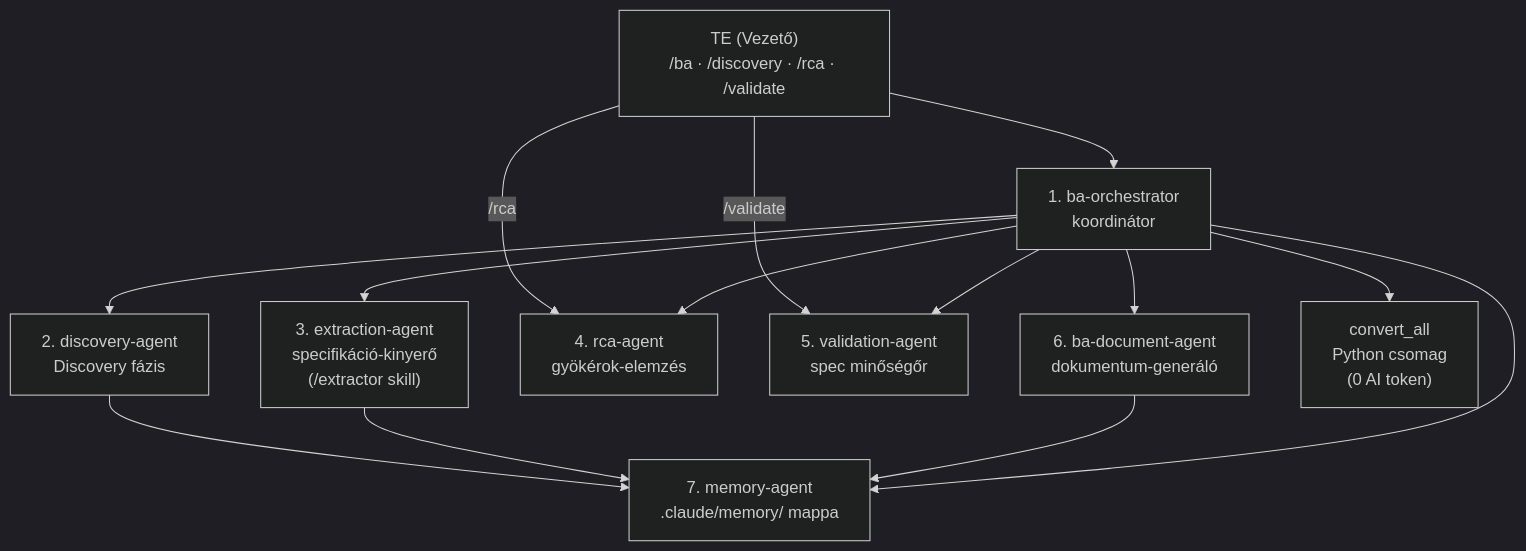
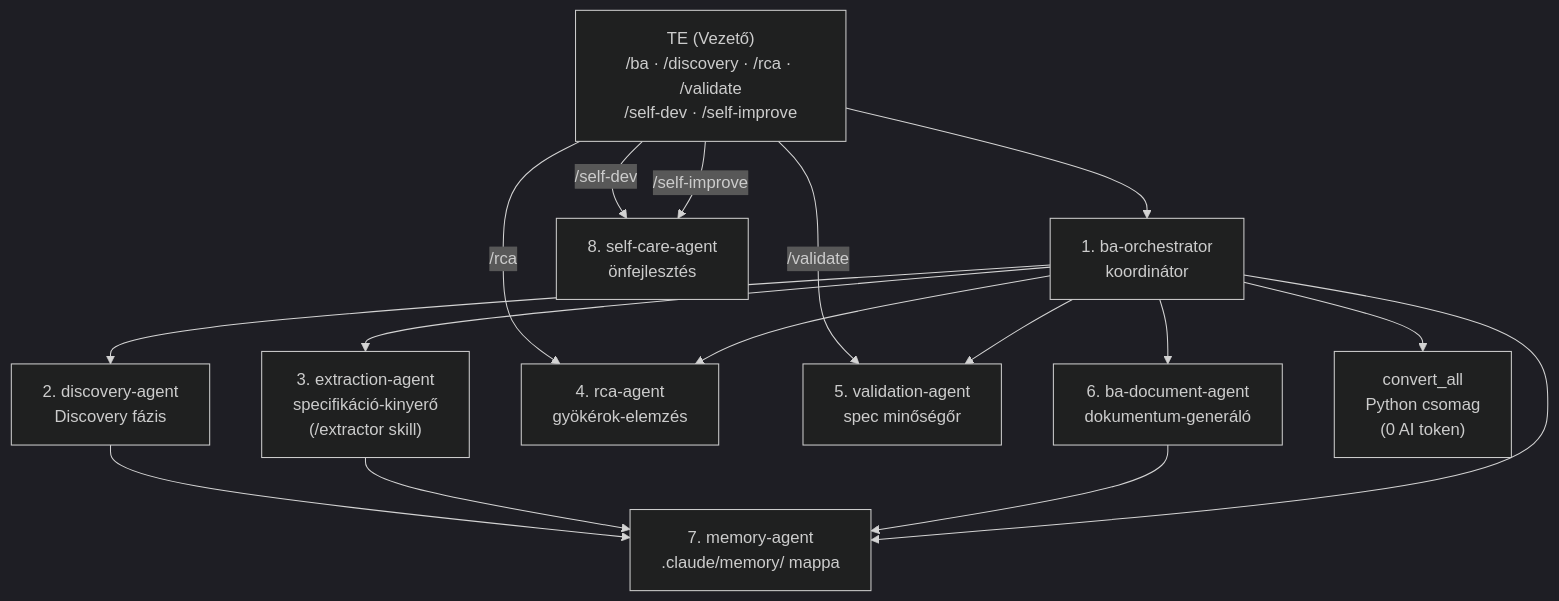
One commit to exphoenee/ba-team-docs changed the diagram in page/HANDBOOK/ch02-ai-team.md. Above: the diagram before and after it, drawn with Mermaid (dark theme). The commit also changed other lines of this file and 3 other files, not shown here.

````diff
--- a/page/HANDBOOK/ch02-ai-team.md
+++ b/page/HANDBOOK/ch02-ai-team.md
@@ -5,26 +5,29 @@
 ```mermaid
 flowchart TD
-    User["TE (Vezető)\n/ba · /discovery · /rca · /validate"]
+    User["TE (Vezető)\n/ba · /discovery · /rca · /validate\n/self-dev · /self-improve"]
     Orchestrator["1. ba-orchestrator\nkoordinátor"]
     Discovery["2. discovery-agent\nDiscovery fázis"]
     SpecBuilder["3. extraction-agent\nspecifikáció-kinyerő\n(/extractor skill)"]
     RCA["4. rca-agent\ngyökérok-elemzés"]
     Validation["5. validation-agent\nspec minőségőr"]
     BADoc["6. ba-document-agent\ndokumentum-generáló"]
     ConvertPkg["convert_all\nPython csomag\n(0 AI token)"]
     MemoryAgent["7. memory-agent\n.claude/memory/ mappa"]
+    SelfCare["8. self-care-agent\nönfejlesztés"]
 
     User --> Orchestrator
     User -->|"/rca"| RCA
     User -->|"/validate"| Validation
+    User -->|"/self-dev"| SelfCare
+    User -->|"/self-improve"| SelfCare
     Orchestrator --> Discovery
     Orchestrator --> SpecBuilder
     Orchestrator --> RCA
     Orchestrator --> Validation
     Orchestrator --> BADoc
     Orchestrator --> ConvertPkg
     Discovery --> MemoryAgent
     SpecBuilder --> MemoryAgent
     BADoc --> MemoryAgent
     Orchestrator --> MemoryAgent
 ```
````
